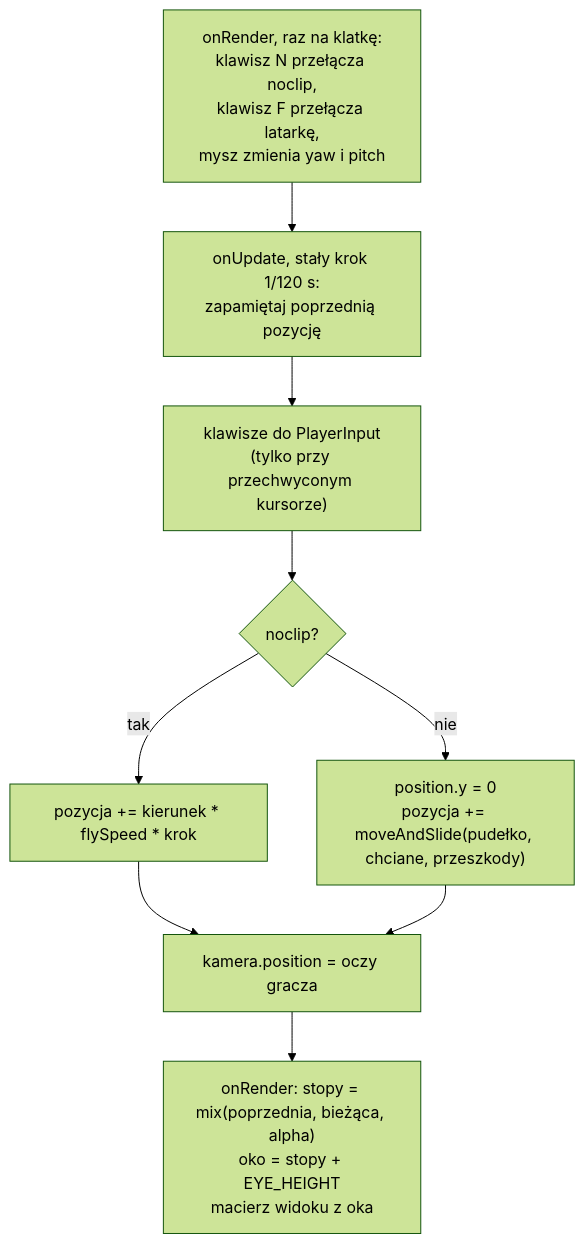
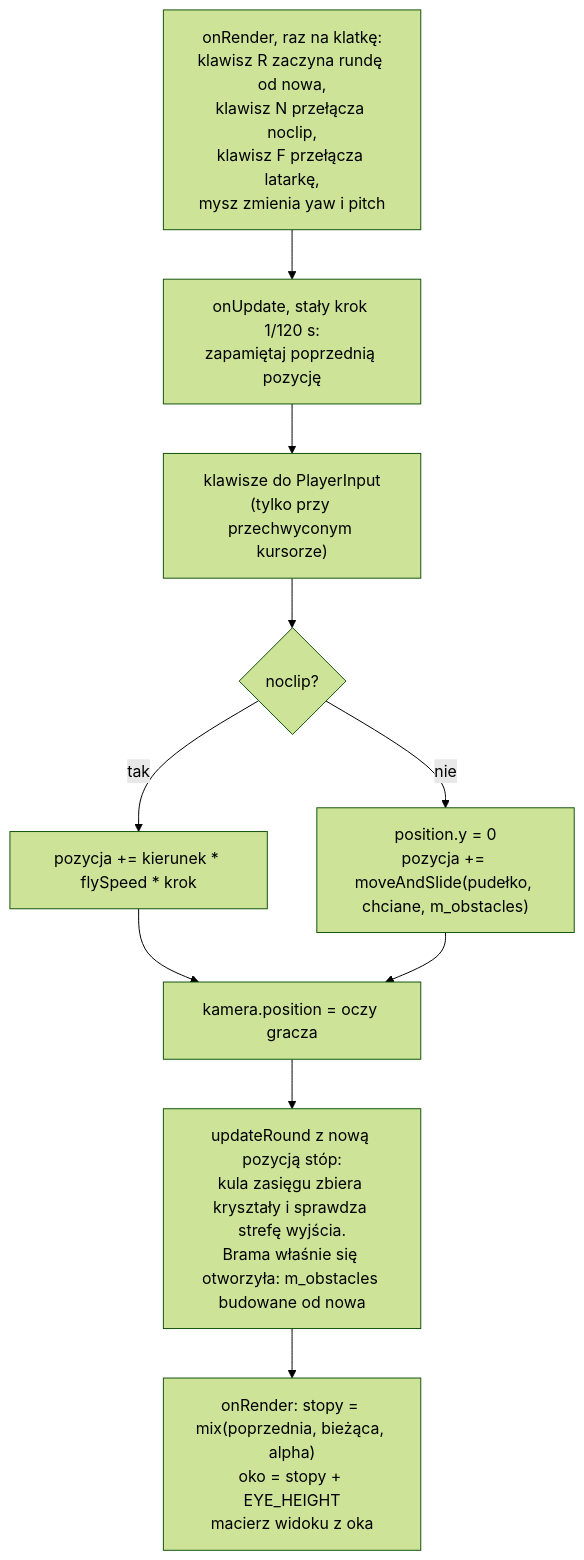
Before and after one commit to Shironex/night-maze: the diagram in docs/modules/game/player.md, drawn with Mermaid (forest theme). The commit also changed other lines of this file and 22 other files, not shown here.

````diff
--- a/docs/modules/game/player.md
+++ b/docs/modules/game/player.md
@@ -155,12 +157,13 @@
 ```mermaid
 flowchart TD
-    A["onRender, raz na klatkę:<br>klawisz N przełącza noclip,<br>klawisz F przełącza latarkę,<br>mysz zmienia yaw i pitch"] --> B
+    A["onRender, raz na klatkę:<br>klawisz R zaczyna rundę od nowa,<br>klawisz N przełącza noclip,<br>klawisz F przełącza latarkę,<br>mysz zmienia yaw i pitch"] --> B
     B["onUpdate, stały krok 1/120 s:<br>zapamiętaj poprzednią pozycję"] --> C
     C["klawisze do PlayerInput<br>(tylko przy przechwyconym kursorze)"] --> D
     D{"noclip?"}
     D -- tak --> E["pozycja += kierunek * flySpeed * krok"]
-    D -- nie --> F["position.y = 0<br>pozycja += moveAndSlide(pudełko, chciane, przeszkody)"]
+    D -- nie --> F["position.y = 0<br>pozycja += moveAndSlide(pudełko, chciane, m_obstacles)"]
     E --> G["kamera.position = oczy gracza"]
     F --> G
-    G --> H["onRender: stopy = mix(poprzednia, bieżąca, alpha)<br>oko = stopy + EYE_HEIGHT<br>macierz widoku z oka"]
+    G --> R["updateRound z nową pozycją stóp:<br>kula zasięgu zbiera kryształy i sprawdza strefę wyjścia.<br>Brama właśnie się otworzyła: m_obstacles budowane od nowa"]
+    R --> H["onRender: stopy = mix(poprzednia, bieżąca, alpha)<br>oko = stopy + EYE_HEIGHT<br>macierz widoku z oka"]
 ```
````
